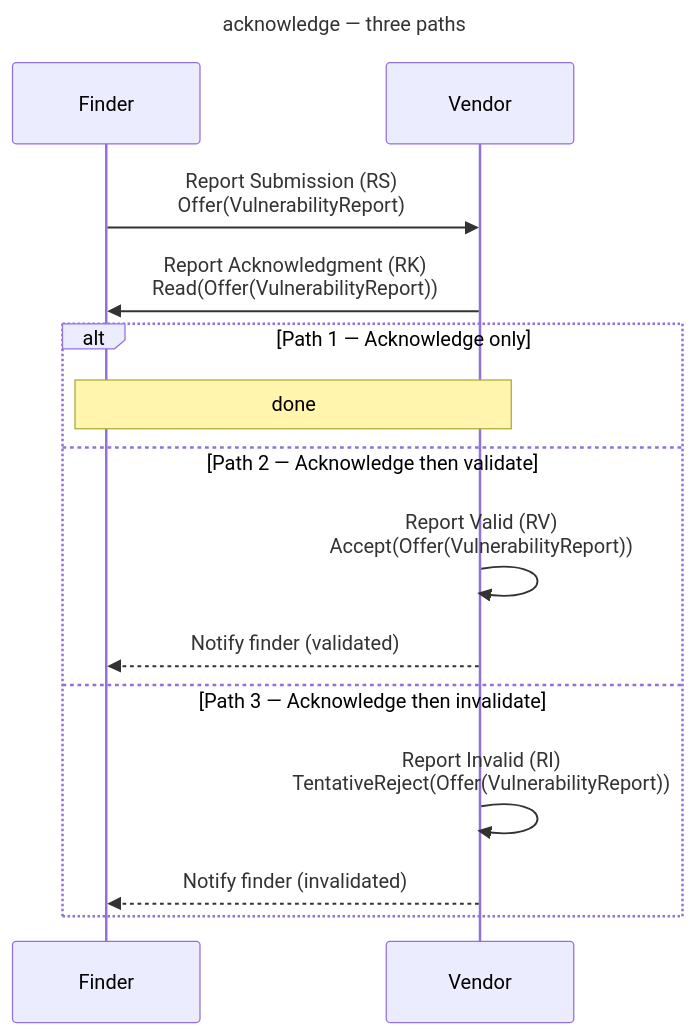
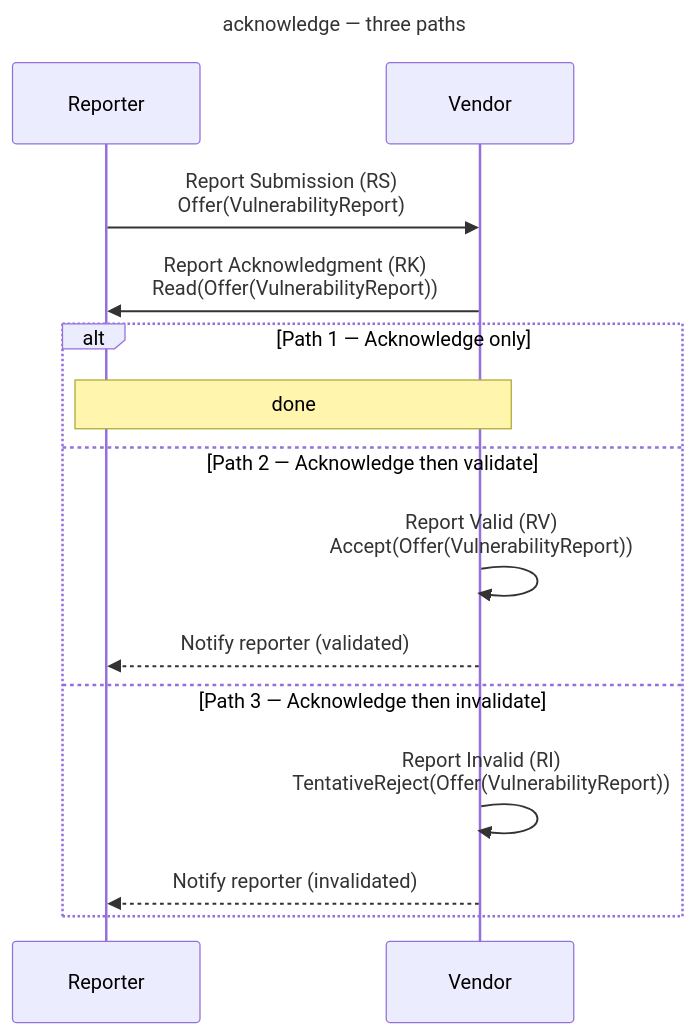
One commit to CERTCC/Vultron changed the eighth of 9 diagrams in docs/tutorials/other_demos.md. Above: the diagram before and after it, drawn with Mermaid. The commit also changed other lines of this file and 12 other files, not shown here.

````diff
--- a/docs/tutorials/other_demos.md
+++ b/docs/tutorials/other_demos.md
@@ -361,20 +361,20 @@
 ```mermaid
 ---
 title: acknowledge — three paths
 ---
 sequenceDiagram
-    participant F as Finder
+    participant R as Reporter
     participant V as Vendor
 
-    F->>V: Report Submission (RS)<br/>Offer(VulnerabilityReport)
-    V->>F: Report Acknowledgment (RK)<br/>Read(Offer(VulnerabilityReport))
+    R->>V: Report Submission (RS)<br/>Offer(VulnerabilityReport)
+    V->>R: Report Acknowledgment (RK)<br/>Read(Offer(VulnerabilityReport))
     alt Path 1 — Acknowledge only
-        Note over F,V: done
+        Note over R,V: done
     else Path 2 — Acknowledge then validate
         V->>V: Report Valid (RV)<br/>Accept(Offer(VulnerabilityReport))
-        V-->>F: Notify finder (validated)
+        V-->>R: Notify reporter (validated)
     else Path 3 — Acknowledge then invalidate
         V->>V: Report Invalid (RI)<br/>TentativeReject(Offer(VulnerabilityReport))
-        V-->>F: Notify finder (invalidated)
+        V-->>R: Notify reporter (invalidated)
     end
 ```
````
